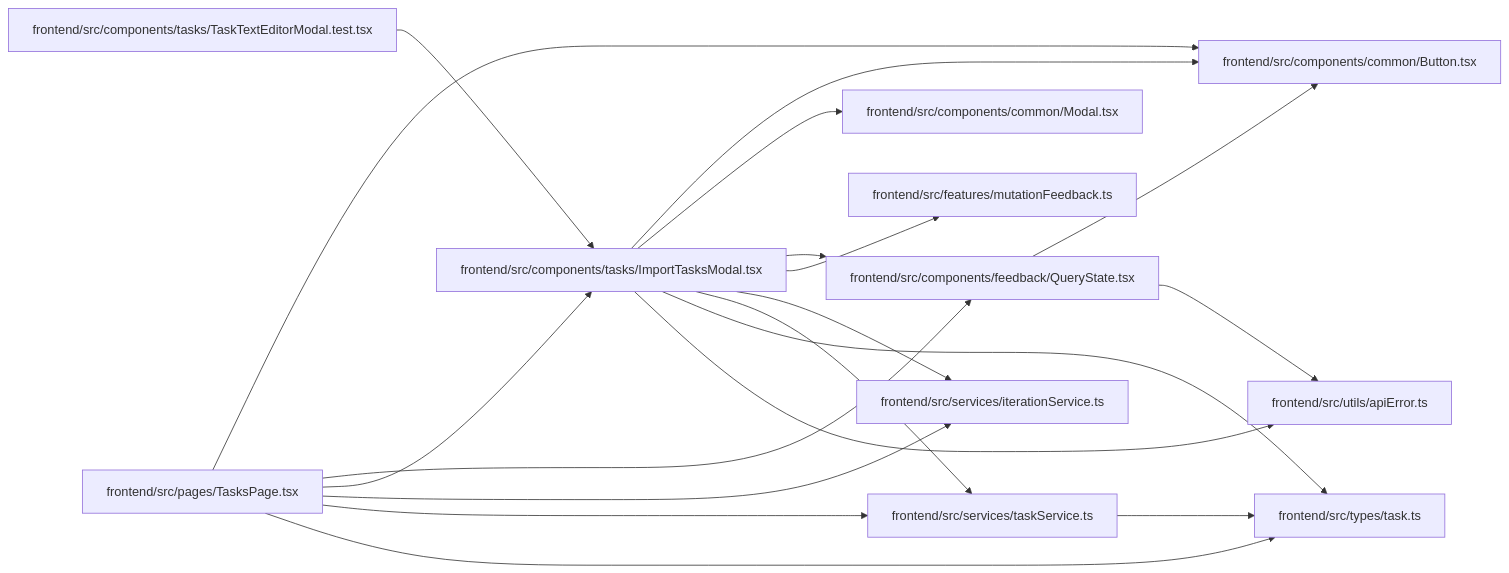
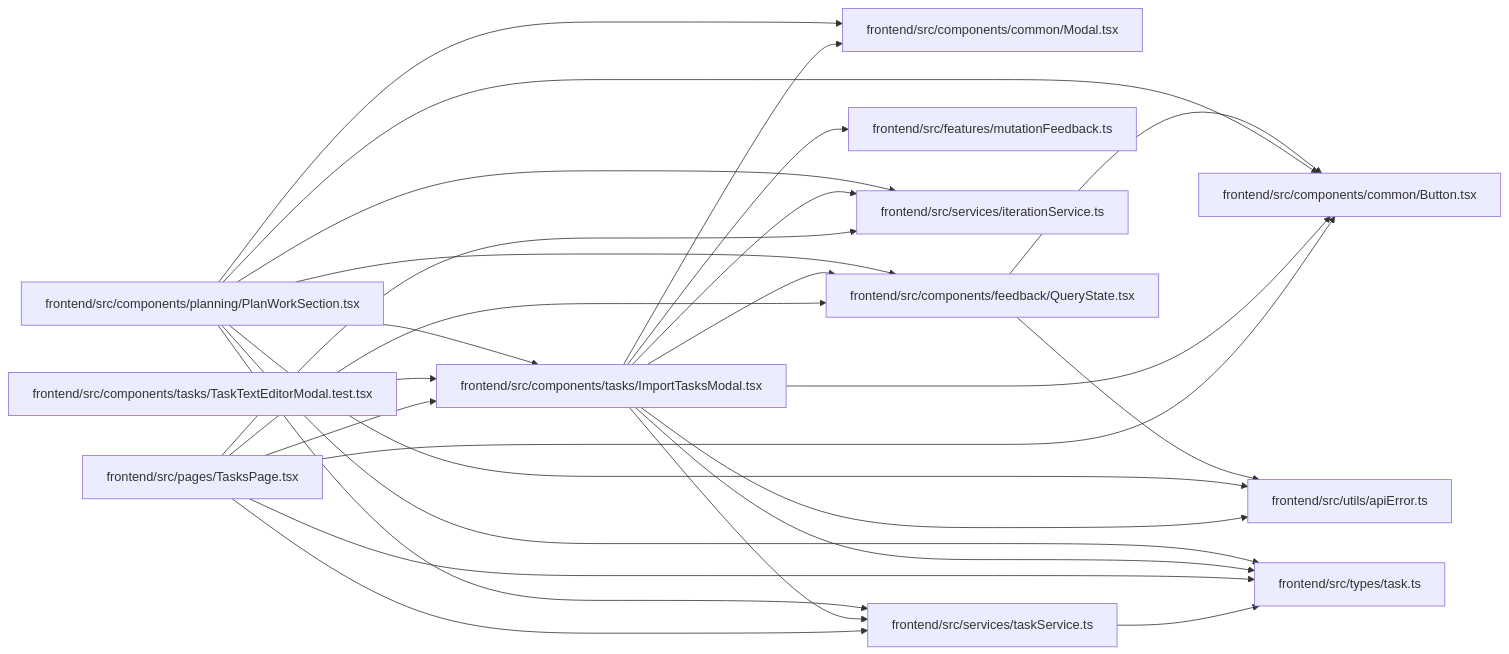
One commit to Denissvgn/WorkChord changed the diagram in docs/llm_wiki/modules/ImportTasksModal.md. Above: the diagram before and after it, drawn with Mermaid. The commit also changed other lines of this file and 2373 other files, not shown here.

````diff
--- a/docs/llm_wiki/modules/ImportTasksModal.md
+++ b/docs/llm_wiki/modules/ImportTasksModal.md
@@ -40,43 +40,53 @@
 ```mermaid
 flowchart LR
     n0["frontend/src/components/common/Button.tsx"]
     n1["frontend/src/components/common/Modal.tsx"]
     n2["frontend/src/components/feedback/QueryState.tsx"]
-    n3["frontend/src/components/tasks/ImportTasksModal.tsx"]
-    n4["frontend/src/components/tasks/TaskTextEditorModal.test.tsx"]
-    n5["frontend/src/features/mutationFeedback.ts"]
-    n6["frontend/src/pages/TasksPage.tsx"]
-    n7["frontend/src/services/iterationService.ts"]
-    n8["frontend/src/services/taskService.ts"]
-    n9["frontend/src/types/task.ts"]
-    n10["frontend/src/utils/apiError.ts"]
+    n3["frontend/src/components/planning/PlanWorkSection.tsx"]
+    n4["frontend/src/components/tasks/ImportTasksModal.tsx"]
+    n5["frontend/src/components/tasks/TaskTextEditorModal.test.tsx"]
+    n6["frontend/src/features/mutationFeedback.ts"]
+    n7["frontend/src/pages/TasksPage.tsx"]
+    n8["frontend/src/services/iterationService.ts"]
+    n9["frontend/src/services/taskService.ts"]
+    n10["frontend/src/types/task.ts"]
+    n11["frontend/src/utils/apiError.ts"]
     n2 --> n0
-    n2 --> n10
+    n2 --> n11
     n3 --> n0
     n3 --> n1
     n3 --> n2
-    n3 --> n5
-    n3 --> n7
+    n3 --> n4
     n3 --> n8
     n3 --> n9
     n3 --> n10
-    n4 --> n3
-    n6 --> n0
-    n6 --> n2
-    n6 --> n3
-    n6 --> n7
-    n6 --> n8
-    n6 --> n9
-    n8 --> n9
+    n3 --> n11
+    n4 --> n0
+    n4 --> n1
+    n4 --> n2
+    n4 --> n6
+    n4 --> n8
+    n4 --> n9
+    n4 --> n10
+    n4 --> n11
+    n5 --> n4
+    n7 --> n0
+    n7 --> n2
+    n7 --> n4
+    n7 --> n8
+    n7 --> n9
+    n7 --> n10
+    n9 --> n10
     click n0 "../modules/Button.md"
     click n1 "../modules/Modal.md"
     click n2 "../modules/QueryState.md"
-    click n3 "../modules/ImportTasksModal.md"
-    click n4 "../modules/TaskTextEditorModal.test.md"
-    click n5 "../modules/mutationFeedback.md"
-    click n6 "../modules/TasksPage.md"
-    click n7 "../modules/iterationService.md"
-    click n8 "../modules/taskService.md"
-    click n9 "../modules/types_task.md"
-    click n10 "../modules/apiError.md"
+    click n3 "../modules/PlanWorkSection.md"
+    click n4 "../modules/ImportTasksModal.md"
+    click n5 "../modules/TaskTextEditorModal.test.md"
+    click n6 "../modules/mutationFeedback.md"
+    click n7 "../modules/TasksPage.md"
+    click n8 "../modules/iterationService.md"
+    click n9 "../modules/taskService.md"
+    click n10 "../modules/types_task.md"
+    click n11 "../modules/apiError.md"
 ```
````
